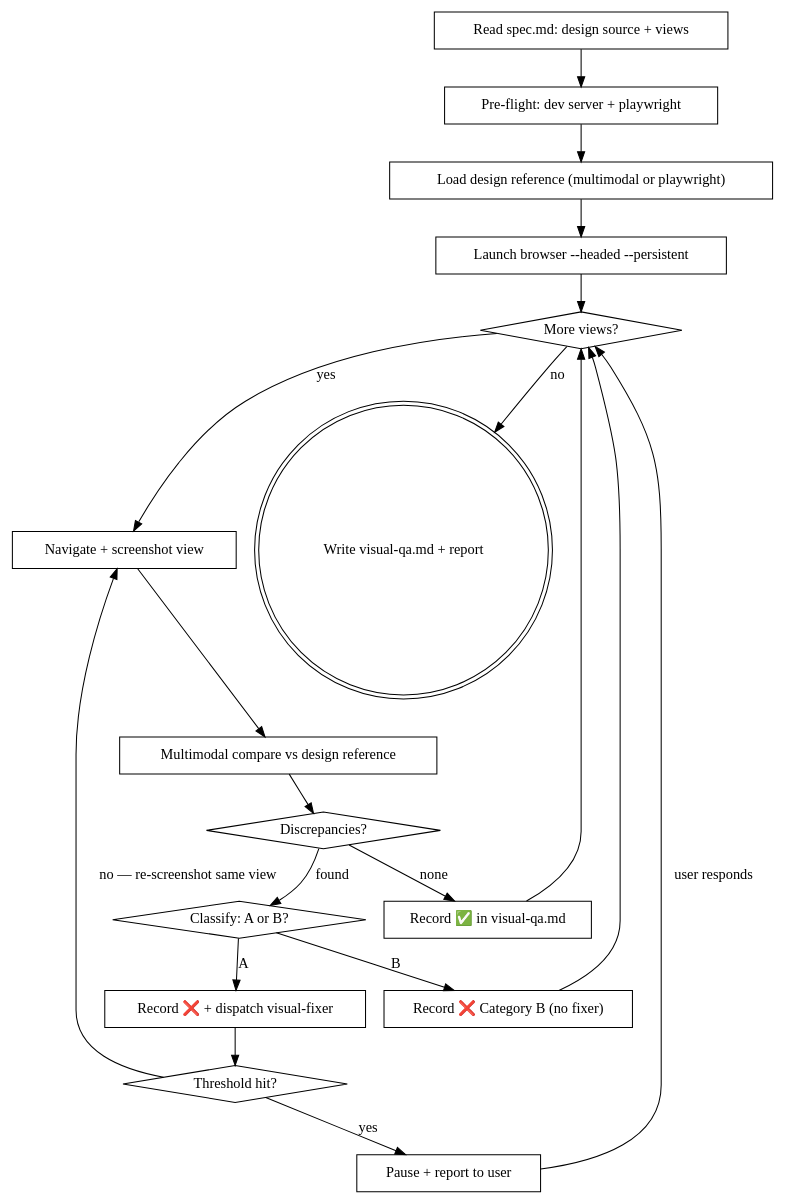
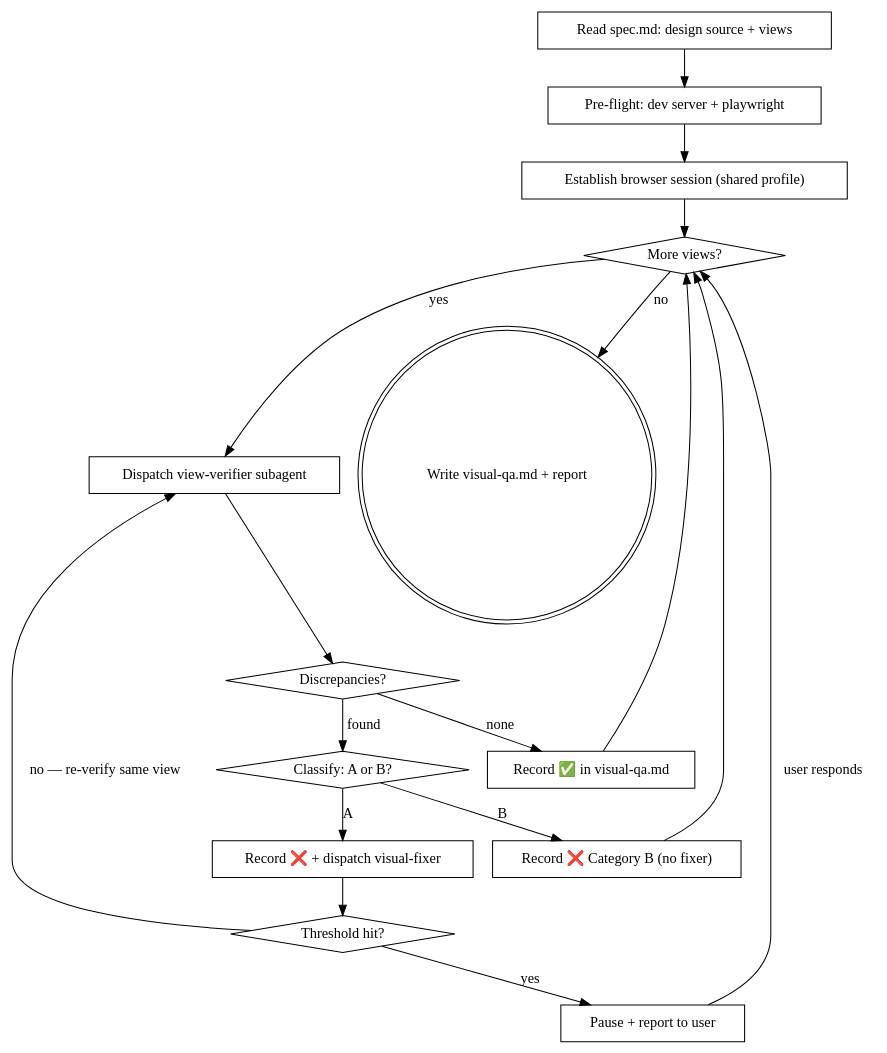
The diagram in skills/visual-qa-from-design/SKILL.md (zhangtianwei1998/design-to-code), drawn with Graphviz before and after one commit. The commit also changed other lines of this file and 8 other files, not shown here.

First line of the commit message:
refactor(skills): thin orchestrator — delegate playwright/plan/verify to subagents

````diff
--- a/skills/visual-qa-from-design/SKILL.md
+++ b/skills/visual-qa-from-design/SKILL.md
@@ -101,40 +98,36 @@
 ```dot
 digraph visual_qa {
     rankdir=TB;
 
     "Read spec.md: design source + views" [shape=box];
     "Pre-flight: dev server + playwright" [shape=box];
-    "Load design reference (multimodal or playwright)" [shape=box];
-    "Launch browser --headed --persistent" [shape=box];
+    "Establish browser session (shared profile)" [shape=box];
     "More views?" [shape=diamond];
-    "Navigate + screenshot view" [shape=box];
-    "Multimodal compare vs design reference" [shape=box];
+    "Dispatch view-verifier subagent" [shape=box];
     "Discrepancies?" [shape=diamond];
     "Record ✅ in visual-qa.md" [shape=box];
     "Classify: A or B?" [shape=diamond];
     "Record ❌ + dispatch visual-fixer" [shape=box];
     "Record ❌ Category B (no fixer)" [shape=box];
     "Threshold hit?" [shape=diamond];
     "Pause + report to user" [shape=box];
     "Write visual-qa.md + report" [shape=doublecircle];
 
     "Read spec.md: design source + views" -> "Pre-flight: dev server + playwright";
-    "Pre-flight: dev server + playwright" -> "Load design reference (multimodal or playwright)";
-    "Load design reference (multimodal or playwright)" -> "Launch browser --headed --persistent";
-    "Launch browser --headed --persistent" -> "More views?";
-    "More views?" -> "Navigate + screenshot view" [label="yes"];
+    "Pre-flight: dev server + playwright" -> "Establish browser session (shared profile)";
+    "Establish browser session (shared profile)" -> "More views?";
+    "More views?" -> "Dispatch view-verifier subagent" [label="yes"];
     "More views?" -> "Write visual-qa.md + report" [label="no"];
-    "Navigate + screenshot view" -> "Multimodal compare vs design reference";
-    "Multimodal compare vs design reference" -> "Discrepancies?" ;
+    "Dispatch view-verifier subagent" -> "Discrepancies?";
     "Discrepancies?" -> "Record ✅ in visual-qa.md" [label="none"];
     "Discrepancies?" -> "Classify: A or B?" [label="found"];
     "Record ✅ in visual-qa.md" -> "More views?";
     "Classify: A or B?" -> "Record ❌ + dispatch visual-fixer" [label="A"];
     "Classify: A or B?" -> "Record ❌ Category B (no fixer)" [label="B"];
     "Record ❌ Category B (no fixer)" -> "More views?";
     "Record ❌ + dispatch visual-fixer" -> "Threshold hit?";
     "Threshold hit?" -> "Pause + report to user" [label="yes"];
-    "Threshold hit?" -> "Navigate + screenshot view" [label="no — re-screenshot same view"];
+    "Threshold hit?" -> "Dispatch view-verifier subagent" [label="no — re-verify same view"];
     "Pause + report to user" -> "More views?" [label="user responds"];
 }
 ```
````
